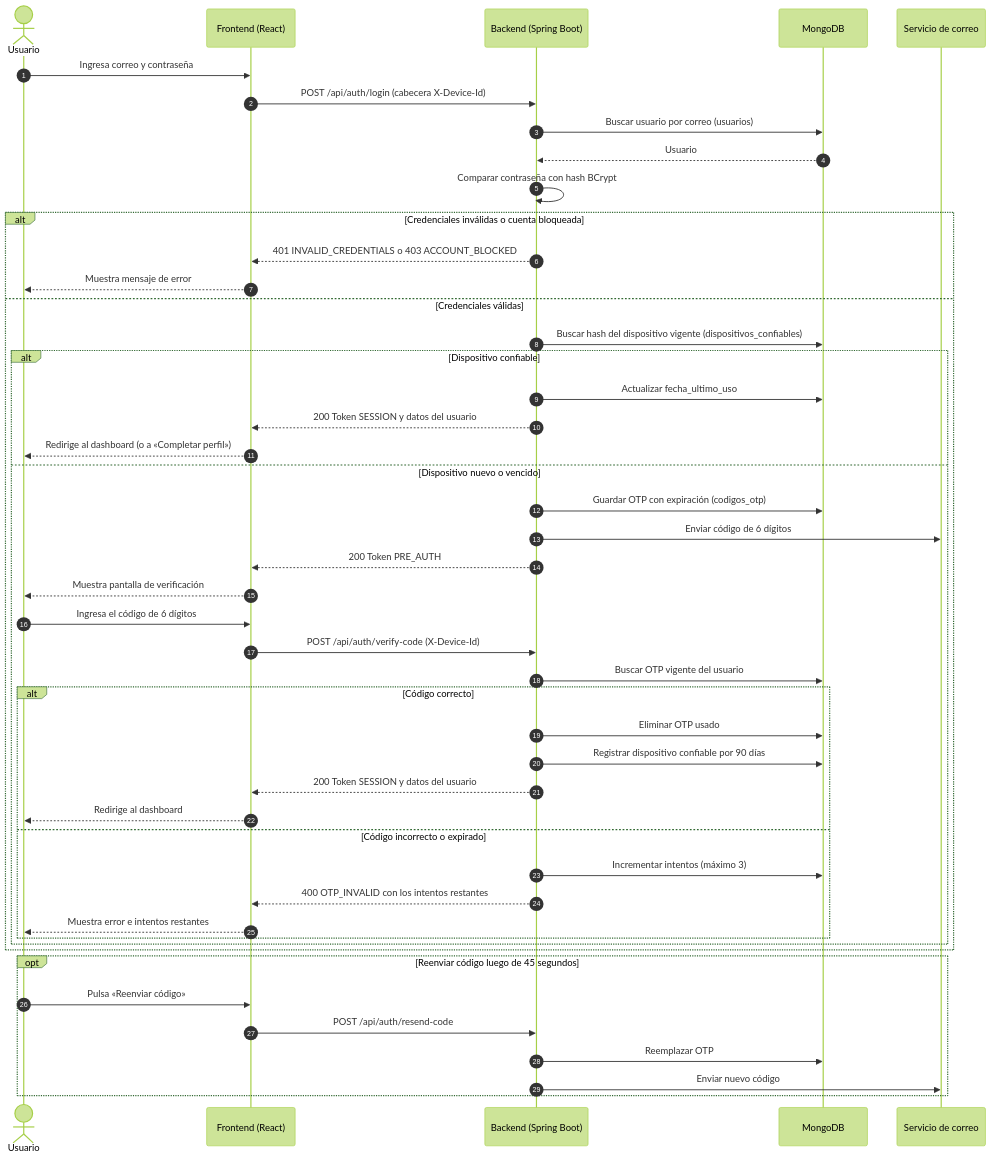
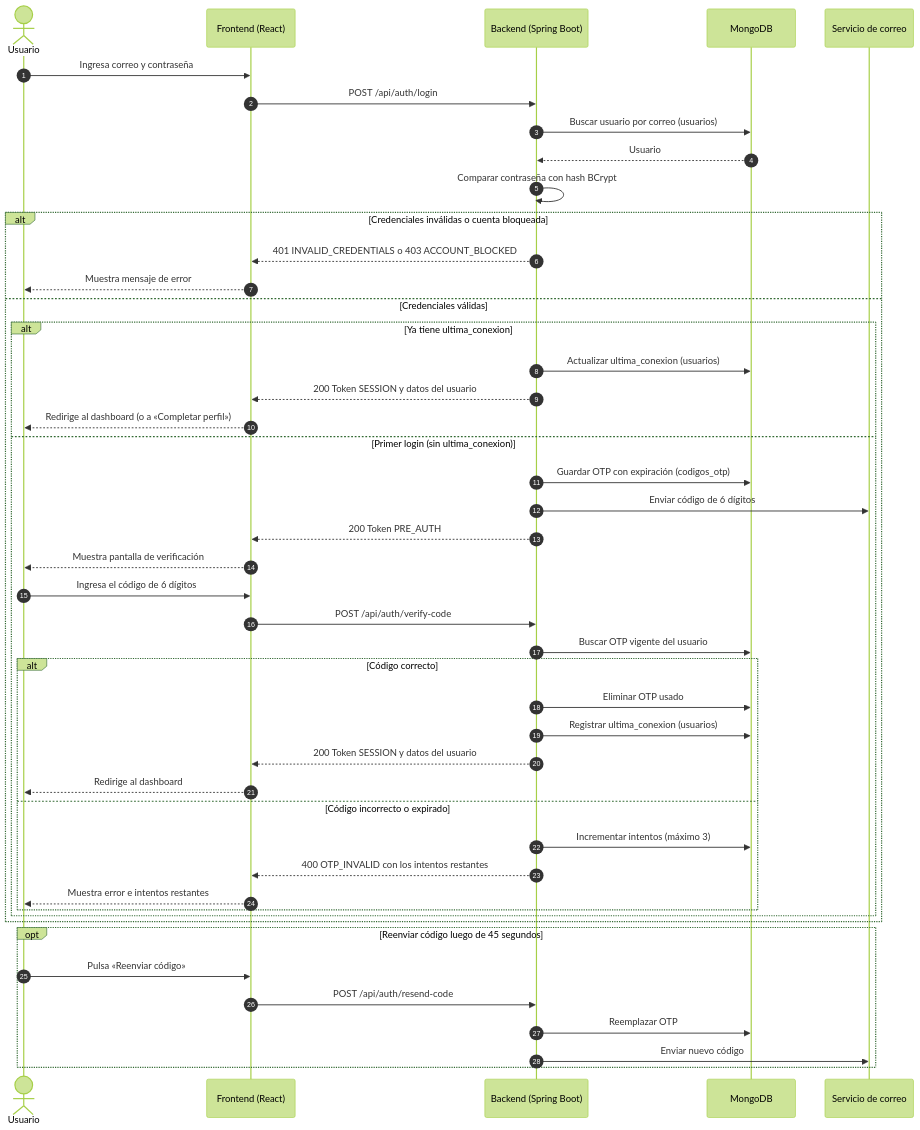
One commit to manuelguarniz/mono-movilidad-colaborativa changed the sixth of 13 diagrams in README.md. Above: the diagram before and after it, drawn with Mermaid (forest theme). The commit also changed other lines of this file and 43 other files, not shown here.

````diff
--- a/README.md
+++ b/README.md
@@ -963,51 +944,50 @@
 ```mermaid
 sequenceDiagram
     autonumber
     actor U as Usuario
     participant FE as Frontend (React)
     participant API as Backend (Spring Boot)
     participant DB as MongoDB
     participant MAIL as Servicio de correo
 
     U->>FE: Ingresa correo y contraseña
-    FE->>API: POST /api/auth/login (cabecera X-Device-Id)
+    FE->>API: POST /api/auth/login
     API->>DB: Buscar usuario por correo (usuarios)
     DB-->>API: Usuario
     API->>API: Comparar contraseña con hash BCrypt
     alt Credenciales inválidas o cuenta bloqueada
         API-->>FE: 401 INVALID_CREDENTIALS o 403 ACCOUNT_BLOCKED
         FE-->>U: Muestra mensaje de error
     else Credenciales válidas
-        API->>DB: Buscar hash del dispositivo vigente (dispositivos_confiables)
-        alt Dispositivo confiable
-            API->>DB: Actualizar fecha_ultimo_uso
+        alt Ya tiene ultima_conexion
+            API->>DB: Actualizar ultima_conexion (usuarios)
             API-->>FE: 200 Token SESSION y datos del usuario
             FE-->>U: Redirige al dashboard (o a «Completar perfil»)
-        else Dispositivo nuevo o vencido
+        else Primer login (sin ultima_conexion)
             API->>DB: Guardar OTP con expiración (codigos_otp)
             API->>MAIL: Enviar código de 6 dígitos
             API-->>FE: 200 Token PRE_AUTH
             FE-->>U: Muestra pantalla de verificación
             U->>FE: Ingresa el código de 6 dígitos
-            FE->>API: POST /api/auth/verify-code (X-Device-Id)
+            FE->>API: POST /api/auth/verify-code
             API->>DB: Buscar OTP vigente del usuario
             alt Código correcto
                 API->>DB: Eliminar OTP usado
-                API->>DB: Registrar dispositivo confiable por 90 días
+                API->>DB: Registrar ultima_conexion (usuarios)
                 API-->>FE: 200 Token SESSION y datos del usuario
                 FE-->>U: Redirige al dashboard
             else Código incorrecto o expirado
                 API->>DB: Incrementar intentos (máximo 3)
                 API-->>FE: 400 OTP_INVALID con los intentos restantes
                 FE-->>U: Muestra error e intentos restantes
             end
         end
     end
 
     opt Reenviar código luego de 45 segundos
         U->>FE: Pulsa «Reenviar código»
         FE->>API: POST /api/auth/resend-code
         API->>DB: Reemplazar OTP
         API->>MAIL: Enviar nuevo código
     end
 ```
````
